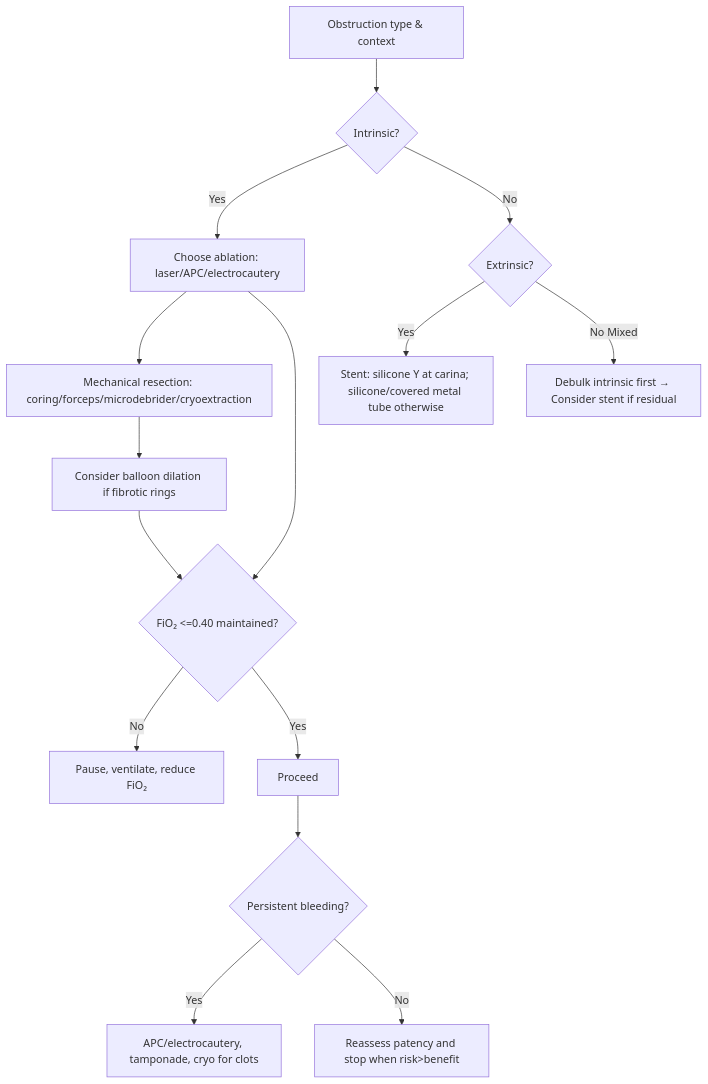
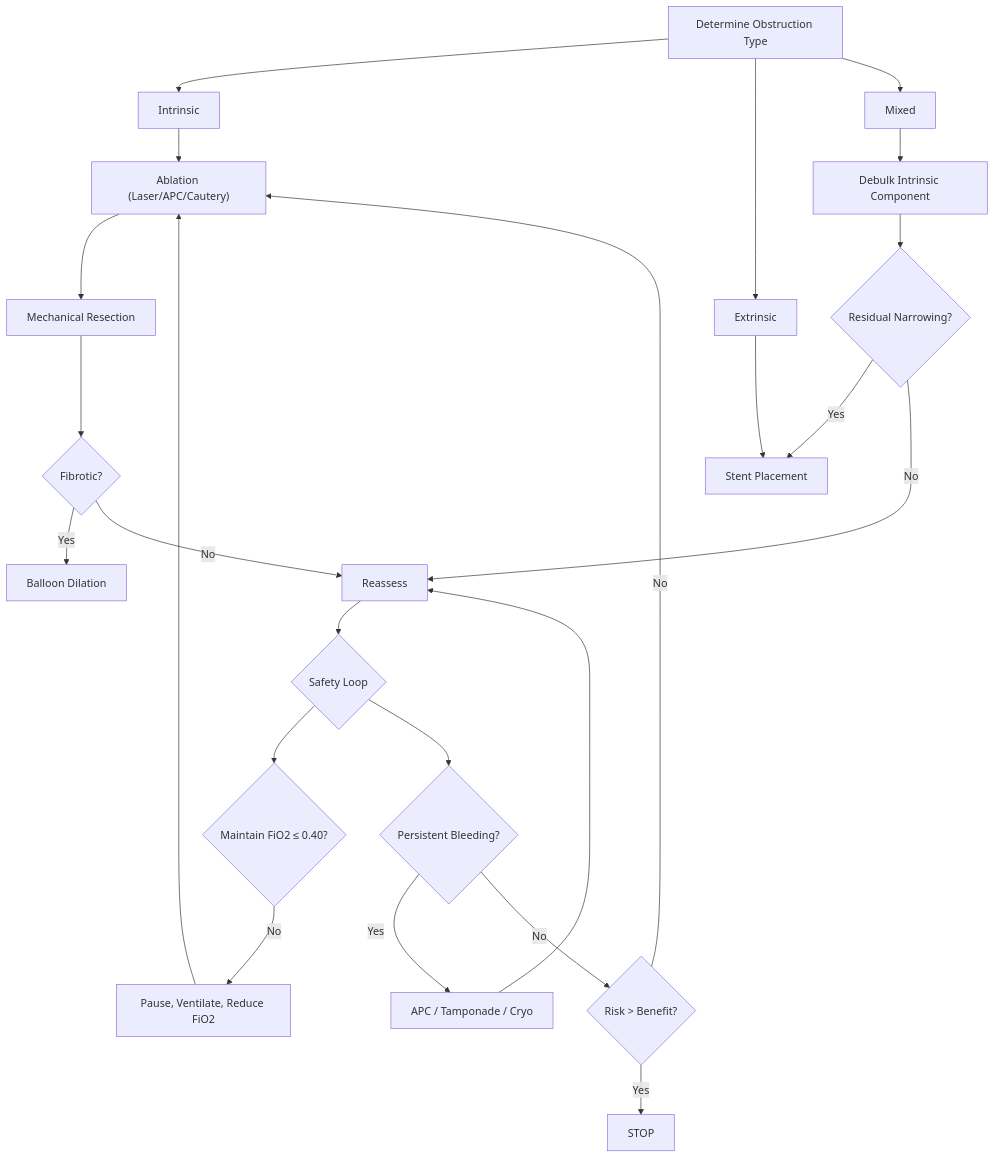
The second of 2 diagrams in content/modules/board/management-of-malignant-central-airway-obstruction.mdx (russellmiller49/Interventional-Pulm-Education-Project), drawn with Mermaid before and after one commit. The commit also changed other lines of this file and 45 other files, not shown here.

````diff
--- a/content/modules/board/management-of-malignant-central-airway-obstruction.mdx
+++ b/content/modules/board/management-of-malignant-central-airway-obstruction.mdx
@@ -230,17 +156,26 @@
 ```mermaid
-flowchart TD
-A[Obstruction type & context] --> B{Intrinsic?}
-B -->|Yes| C[Choose ablation: laser/APC/electrocautery]
-C --> D[Mechanical resection: coring/forceps/microdebrider/cryoextraction]
-D --> E[Consider balloon dilation if fibrotic rings]
-B -->|No| F{Extrinsic?}
-F -->|Yes| G[Stent: silicone Y at carina; silicone/covered metal tube otherwise]
-F -->|No Mixed| H[Debulk intrinsic first → Consider stent if residual]
-E --> I{FiO₂ &lt;=0.40 maintained?}
-C --> I
-I -->|No| J[Pause, ventilate, reduce FiO₂]
-I -->|Yes| K[Proceed]
-K --> L{Persistent bleeding?}
-L -->|Yes| M[APC/electrocautery, tamponade, cryo for clots]
-L -->|No| N[Reassess patency and stop when risk&gt;benefit]
+graph TD
+        A["Determine Obstruction Type"] --> B["Intrinsic"]
+        A --> C["Extrinsic"]
+        A --> D["Mixed"]
+        B --> E["Ablation (Laser/APC/Cautery)"]
+        E --> F["Mechanical Resection"]
+        F --> G{"Fibrotic?"}
+        G -- "Yes" --> H["Balloon Dilation"]
+        G -- "No" --> I["Reassess"]
+        C --> J["Stent Placement"]
+        D --> K["Debulk Intrinsic Component"]
+        K --> L{"Residual Narrowing?"}
+        L -- "Yes" --> J
+        L -- "No" --> I
+        I --> M{"Safety Loop"}
+        M --> N{"Maintain FiO2 ≤ 0.40?"}
+        N -- "No" --> O["Pause, Ventilate, Reduce FiO2"]
+        O --> E
+        M --> P{"Persistent Bleeding?"}
+        P -- "Yes" --> Q["APC / Tamponade / Cryo"]
+        Q --> I
+        P -- "No" --> R{"Risk > Benefit?"}
+        R -- "No" --> E
+        R -- "Yes" --> S["STOP"]
 ```
````
